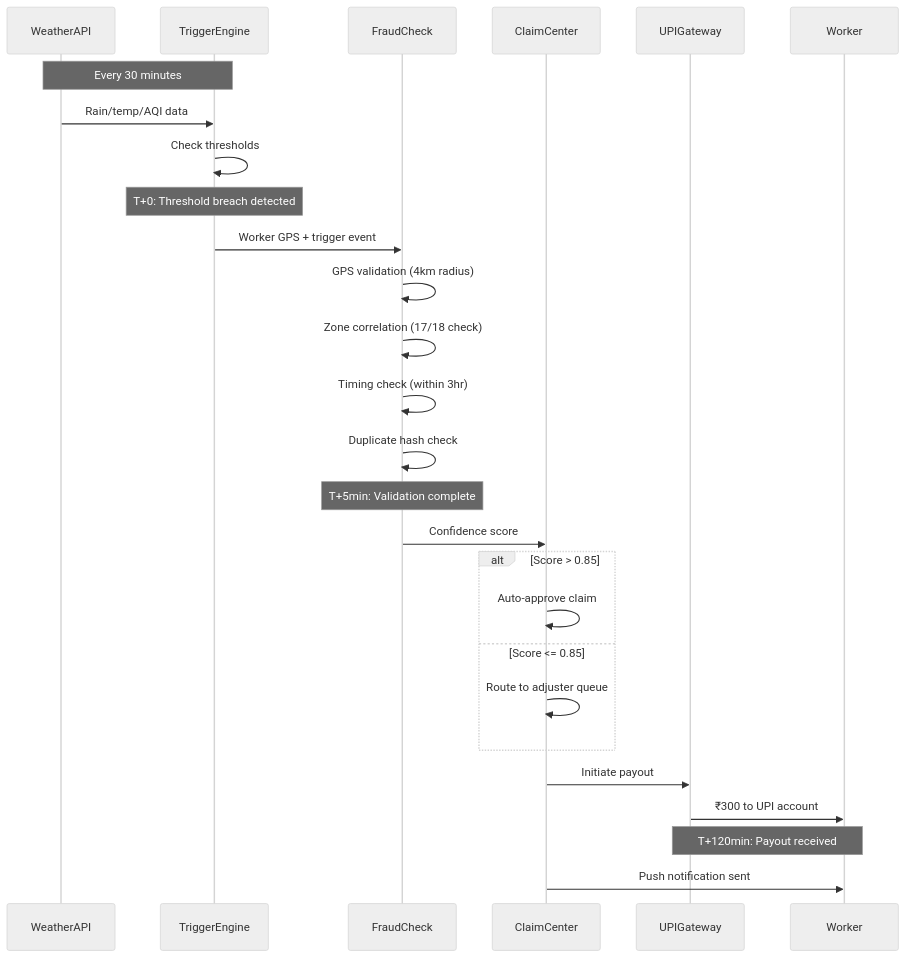
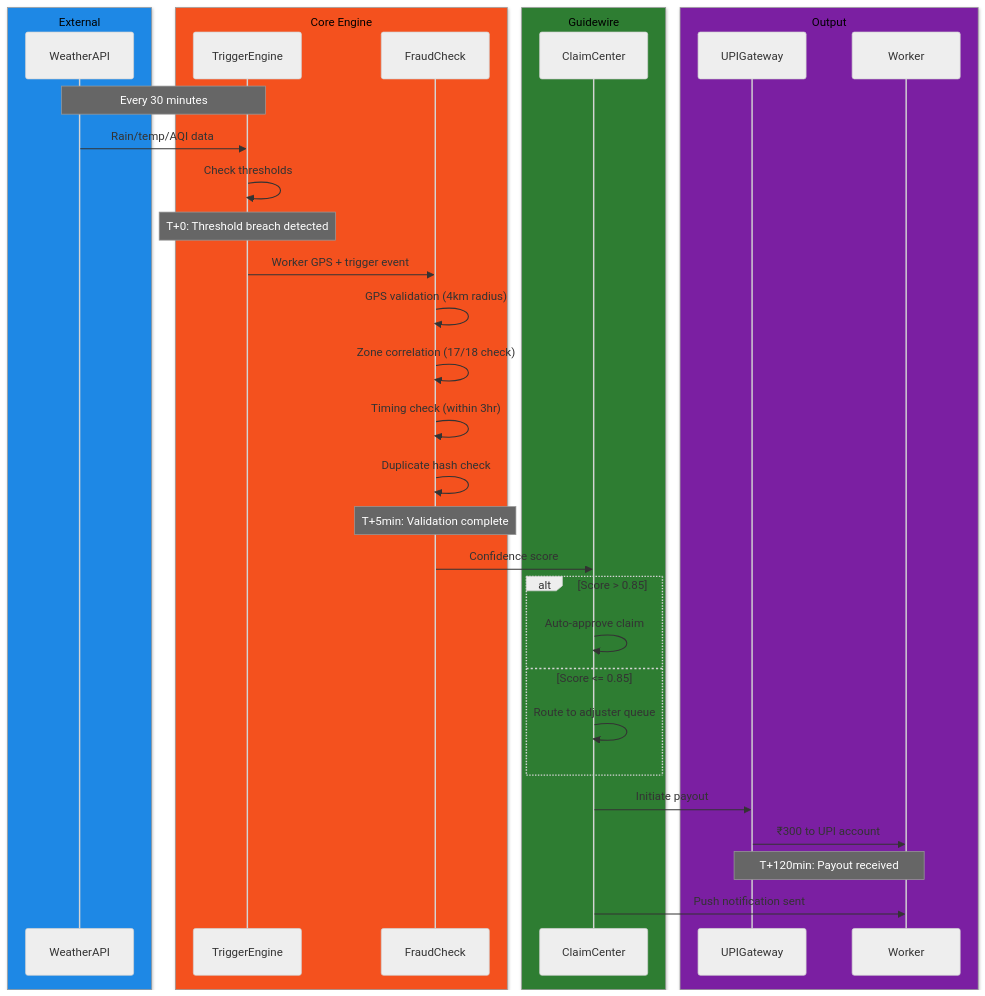
Before and after one commit to KARTHI3106/GW_DT_Synapse: the second of 2 diagrams in README.md, drawn with Mermaid (neutral theme). The commit also changed other lines of this file, not shown here.

Commit message:
Enhance README with workflow and styling updates
Updated the README to include new workflow details and styling.

````diff
--- a/README.md
+++ b/README.md
@@ -518,30 +534,38 @@
 ```mermaid
 sequenceDiagram
-    participant API as WeatherAPI
-    participant TE as TriggerEngine
-    participant FC as FraudCheck
-    participant CC as ClaimCenter
-    participant UPI as UPIGateway
-    participant W as Worker
+    box rgb(30, 136, 229) External
+        participant API as WeatherAPI
+    end
+    box rgb(244, 81, 30) Core Engine
+        participant TE as TriggerEngine
+        participant FC as FraudCheck
+    end
+    box rgb(46, 125, 50) Guidewire
+        participant CC as ClaimCenter
+    end
+    box rgb(123, 31, 162) Output
+        participant UPI as UPIGateway
+        participant W as Worker
+    end
 
     Note over API,TE: Every 30 minutes
     API->>TE: Rain/temp/AQI data
     TE->>TE: Check thresholds
     Note over TE: T+0: Threshold breach detected
     TE->>FC: Worker GPS + trigger event
     FC->>FC: GPS validation (4km radius)
     FC->>FC: Zone correlation (17/18 check)
     FC->>FC: Timing check (within 3hr)
     FC->>FC: Duplicate hash check
     Note over FC: T+5min: Validation complete
     FC->>CC: Confidence score
     alt Score > 0.85
         CC->>CC: Auto-approve claim
     else Score <= 0.85
         CC->>CC: Route to adjuster queue
     end
     CC->>UPI: Initiate payout
     UPI->>W: ₹300 to UPI account
     Note over UPI,W: T+120min: Payout received
     CC->>W: Push notification sent
 ```
````
